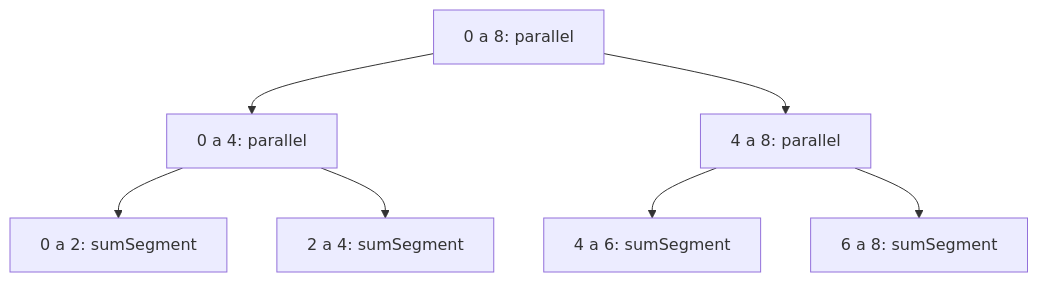
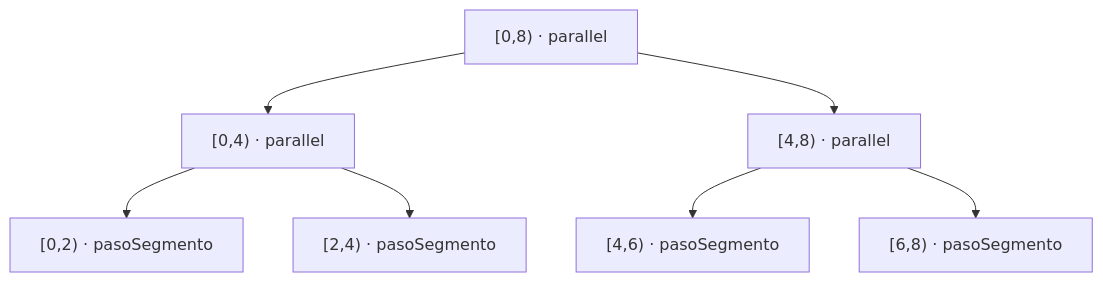
The first of 2 diagrams in docs/paralelizacion.md (EjerciciosClasesCardel/pfc-taller-4-simulacion-particulas), drawn with Mermaid before and after one commit. The commit also changed other lines of this file and 1 other file, not shown here.

````diff
--- a/docs/paralelizacion.md
+++ b/docs/paralelizacion.md
@@ -69,9 +94,9 @@
 ```mermaid
 graph TD
-    A["0 a 8: parallel"] --> B["0 a 4: parallel"]
-    A --> C["4 a 8: parallel"]
-    B --> D["0 a 2: sumSegment"]
-    B --> E["2 a 4: sumSegment"]
-    C --> F["4 a 6: sumSegment"]
-    C --> G["6 a 8: sumSegment"]
+    A["[0,8) · parallel"] --> B["[0,4) · parallel"]
+    A --> C["[4,8) · parallel"]
+    B --> D["[0,2) · pasoSegmento"]
+    B --> E["[2,4) · pasoSegmento"]
+    C --> F["[4,6) · pasoSegmento"]
+    C --> G["[6,8) · pasoSegmento"]
 ```
````
